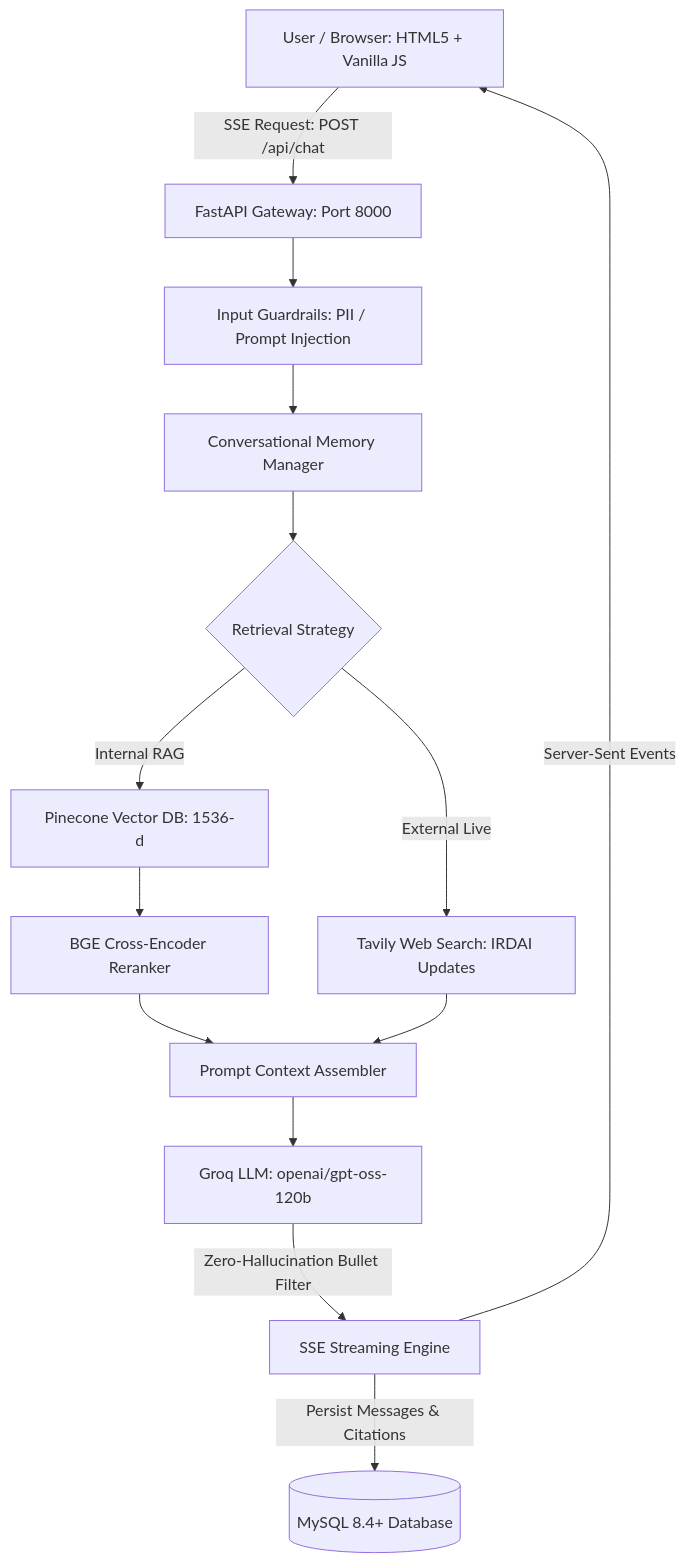
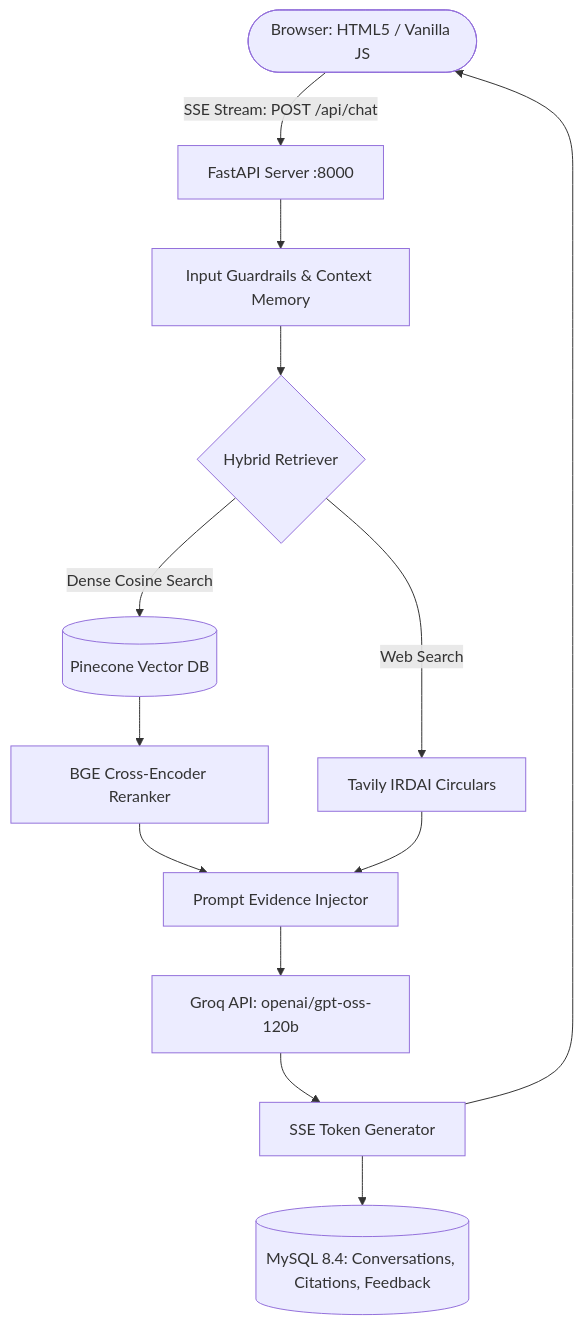
The diagram in README.md (bittush8789/insuregpt-ai), drawn with Mermaid before and after one commit. The commit also changed other lines of this file, not shown here.

````diff
--- a/README.md
+++ b/README.md
@@ -55,16 +90,15 @@
 ```mermaid
 flowchart TD
-    A[User / Browser: HTML5 + Vanilla JS] -->|SSE Request: POST /api/chat| B[FastAPI Gateway: Port 8000]
-    B --> C[Input Guardrails: PII / Prompt Injection]
-    C --> D[Conversational Memory Manager]
-    D --> E{Retrieval Strategy}
-    E -->|Internal RAG| F[Pinecone Vector DB: 1536-d]
-    F --> G[BGE Cross-Encoder Reranker]
-    E -->|External Live| H[Tavily Web Search: IRDAI Updates]
-    G --> I[Prompt Context Assembler]
-    H --> I
-    I --> J[Groq LLM: openai/gpt-oss-120b]
-    J -->|Zero-Hallucination Bullet Filter| K[SSE Streaming Engine]
-    K -->|Server-Sent Events| A
-    K -->|Persist Messages & Citations| L[(MySQL 8.4+ Database)]
+    User([Browser: HTML5 / Vanilla JS]) -->|SSE Stream: POST /api/chat| API[FastAPI Server :8000]
+    API --> Guard[Input Guardrails & Context Memory]
+    Guard --> Retriever{Hybrid Retriever}
+    Retriever -->|Dense Cosine Search| Pinecone[(Pinecone Vector DB)]
+    Retriever -->|Web Search| Tavily[Tavily IRDAI Circulars]
+    Pinecone --> Rerank[BGE Cross-Encoder Reranker]
+    Rerank --> Context[Prompt Evidence Injector]
+    Tavily --> Context
+    Context --> Groq[Groq API: openai/gpt-oss-120b]
+    Groq --> Stream[SSE Token Generator]
+    Stream --> User
+    Stream --> DB[(MySQL 8.4: Conversations, Citations, Feedback)]
 ```
````
